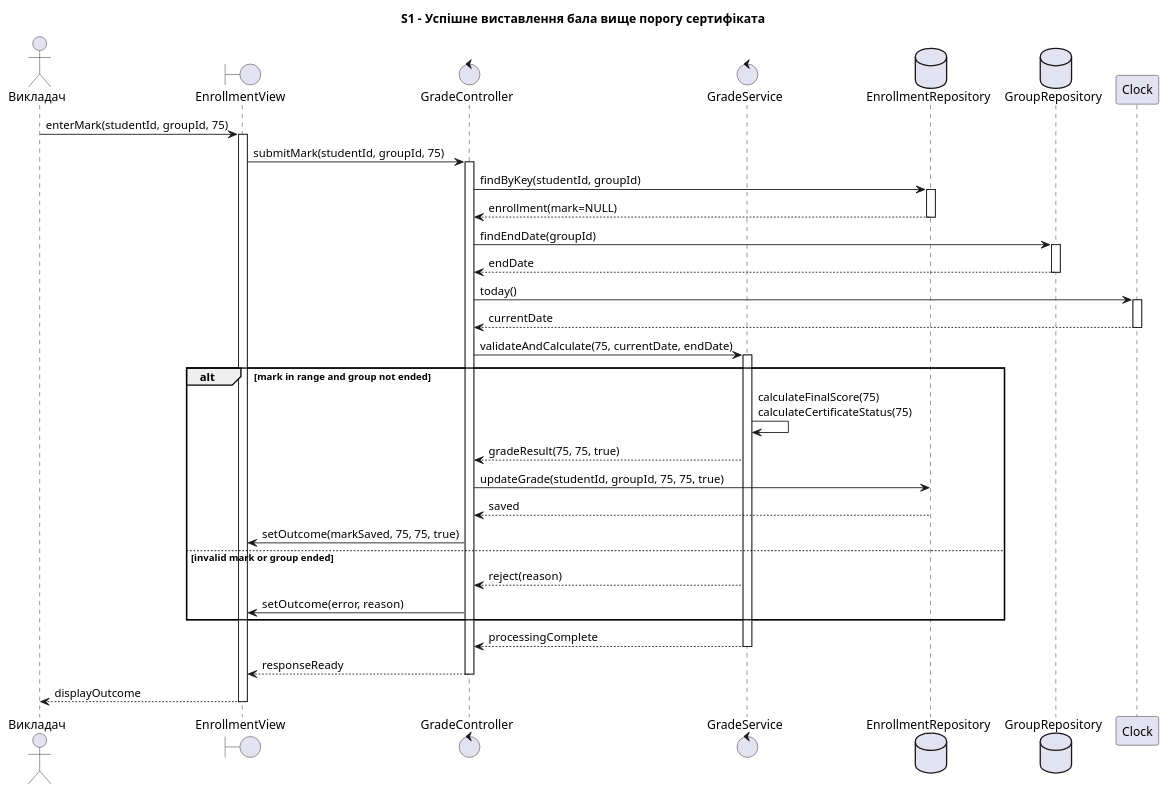
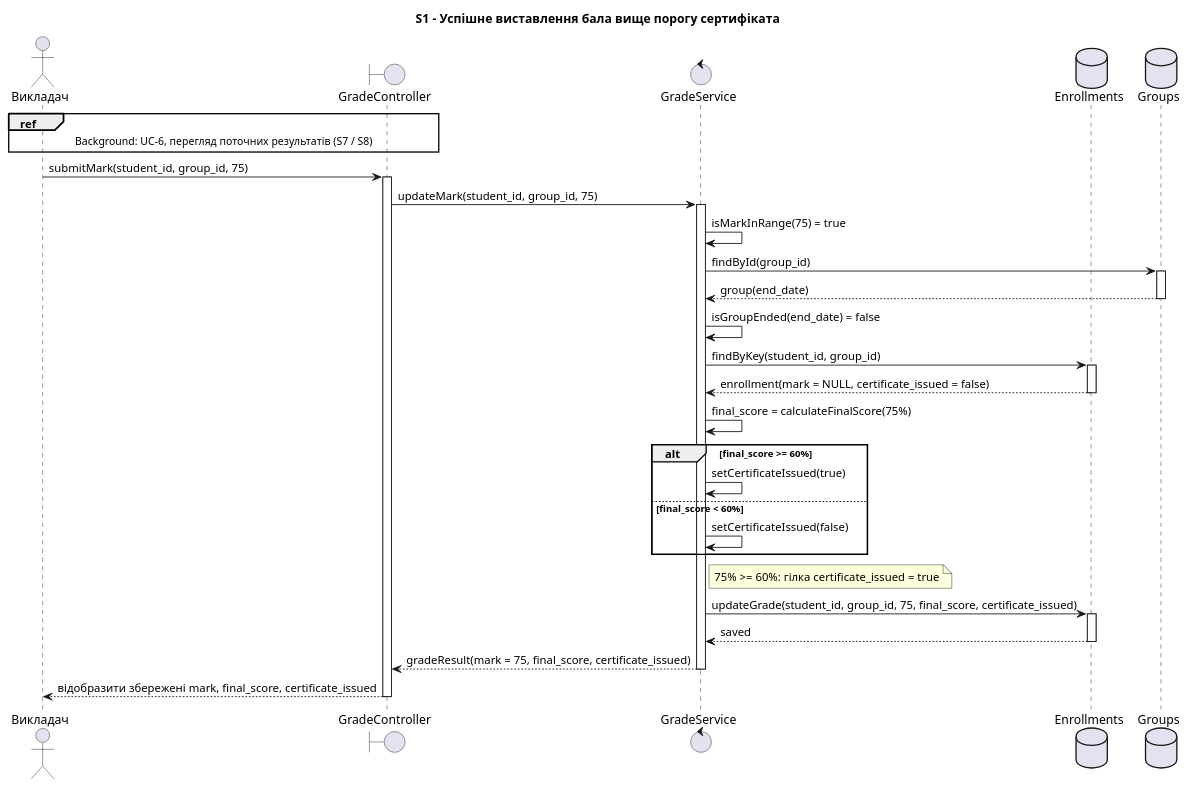
Before and after one commit to ka1tya/KPI: the first of 8 diagrams in lab3/sequence-diagrams.puml, drawn with PlantUML. The commit also changed other lines of this file and 1 other file, not shown here.

Commit message:
Виправлено форматування коду sequence-діаграм, а саме змінено назви учасників, щоб вони краще відповідали моделі системи, та додано тип для final_score (відсоток), як це також зазначено в моделі. Також було додано файл spec.md з описом сценаріїв, які відповідають оновленим діаграмам

```diff
--- a/lab3/sequence-diagrams.puml
+++ b/lab3/sequence-diagrams.puml
@@ -1,32 +1,45 @@
 @startuml S1
  title S1 - Успішне виставлення бала вище порогу сертифіката
+
  actor "Викладач" as Teacher
- boundary "EnrollmentView" as View
- control "GradeController" as Controller
+ boundary "GradeController" as Controller
  control "GradeService" as GradeService
- database "EnrollmentRepository" as EnrollmentRepo
- database "GroupRepository" as GroupRepo
- participant "Clock" as Clock
- Teacher -> View ++: enterMark(studentId, groupId, 75)
- View -> Controller ++: submitMark(studentId, groupId, 75)
- Controller -> EnrollmentRepo ++: findByKey(studentId, groupId)
- EnrollmentRepo --> Controller --: enrollment(mark=NULL)
- Controller -> GroupRepo ++: findEndDate(groupId)
- GroupRepo --> Controller --: endDate
- Controller -> Clock ++: today()
- Clock --> Controller --: currentDate
- Controller -> GradeService ++: validateAndCalculate(75, currentDate, endDate)
- alt mark in range and group not ended
-   GradeService -> GradeService: calculateFinalScore(75)\ncalculateCertificateStatus(75)
-   GradeService --> Controller: gradeResult(75, 75, true)
-   Controller -> EnrollmentRepo: updateGrade(studentId, groupId, 75, 75, true)
-   EnrollmentRepo --> Controller: saved
-  Controller -> View: setOutcome(markSaved, 75, 75, true)
- else invalid mark or group ended
-   GradeService --> Controller: reject(reason)
-  Controller -> View: setOutcome(error, reason)
+ database "Enrollments" as Enrollments
+ database "Groups" as Groups
+
+ ref over Teacher, Controller : Background: UC-6, перегляд поточних результатів (S7 / S8)
+
+ Teacher -> Controller : submitMark(student_id, group_id, 75)
+ activate Controller
+ Controller -> GradeService : updateMark(student_id, group_id, 75)
+ activate GradeService
+
+ GradeService -> GradeService : isMarkInRange(75) = true
+ GradeService -> Groups : findById(group_id)
+ activate Groups
+ Groups --> GradeService : group(end_date)
+ deactivate Groups
+ GradeService -> GradeService : isGroupEnded(end_date) = false
+ GradeService -> Enrollments : findByKey(student_id, group_id)
+ activate Enrollments
+ Enrollments --> GradeService : enrollment(mark = NULL, certificate_issued = false)
+ deactivate Enrollments
+
+ GradeService -> GradeService: final_score = calculateFinalScore(75%)
+ alt final_score >= 60%
+   GradeService -> GradeService : setCertificateIssued(true)
+ else final_score < 60%
+   GradeService -> GradeService : setCertificateIssued(false)
  end
- GradeService --> Controller --: processingComplete
- Controller --> View --: responseReady
- View --> Teacher --: displayOutcome
+ note right of GradeService : 75% >= 60%: гілка certificate_issued = true
+
+ GradeService -> Enrollments : updateGrade(student_id, group_id, 75, final_score, certificate_issued)
+ activate Enrollments
+ Enrollments --> GradeService : saved
+ deactivate Enrollments
+
+ GradeService --> Controller : gradeResult(mark = 75, final_score, certificate_issued)
+ deactivate GradeService
+ Controller --> Teacher : відобразити збережені mark, final_score, certificate_issued
+ deactivate Controller
 @enduml
```
